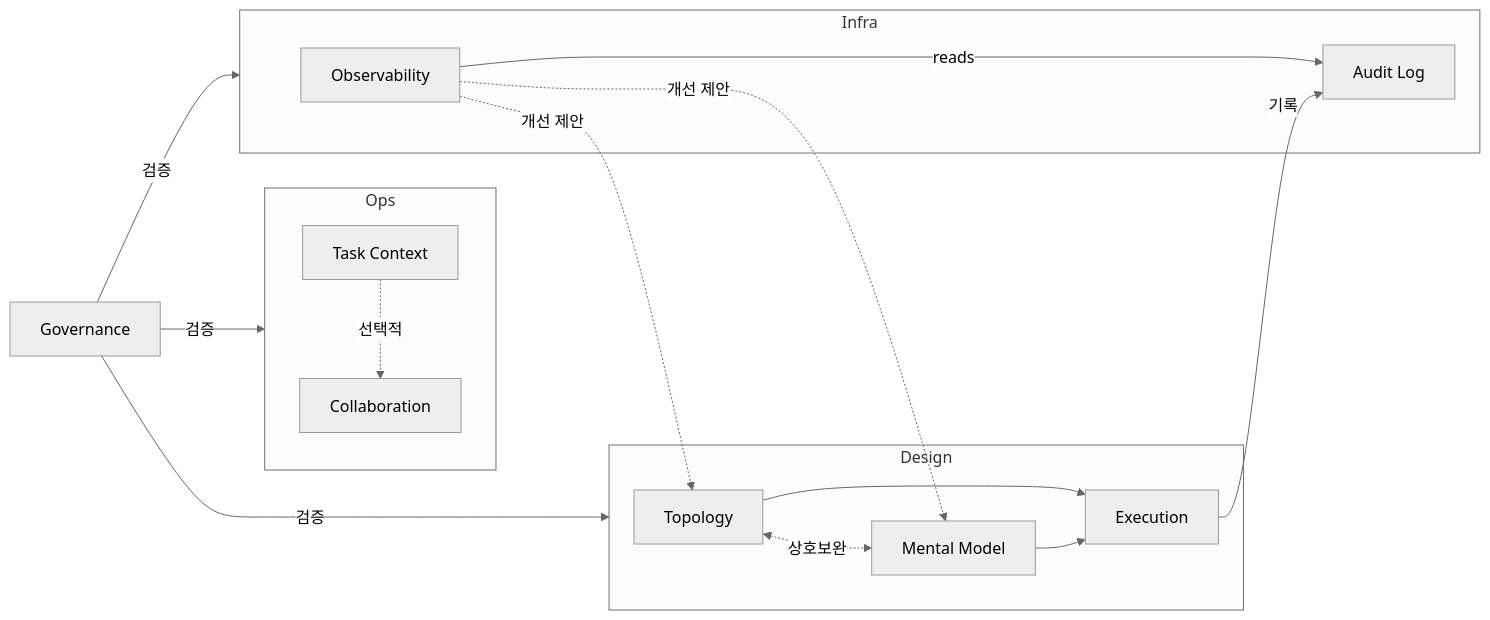
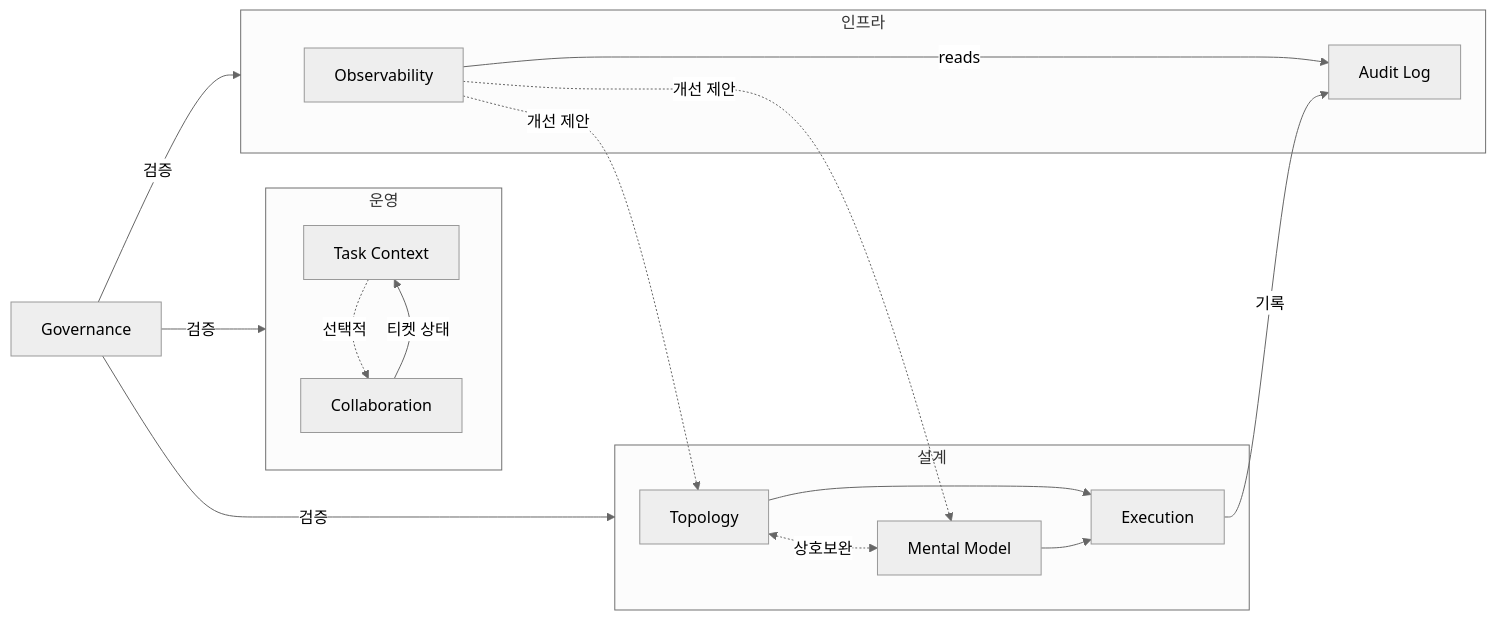
The first of 3 diagrams in 01.product/README.md (WMJOON/multi-swarm-orchestrator), drawn with Mermaid (neutral theme) before and after one commit. The commit also changed other lines of this file and 21 other files, not shown here.

````diff
--- a/01.product/README.md
+++ b/01.product/README.md
@@ -14,23 +46,24 @@
 ```mermaid
 graph LR
-    subgraph Design ["Design"]
-        S10["Topology"] <-.->|상호보완| S20["Mental Model"]
-        S10 & S20 --> S30["Execution"]
+    subgraph Design ["설계"]
+        S00["Topology"] <-.->|상호보완| S01["Mental Model"]
+        S00 & S01 --> S02["Execution"]
     end
 
-    subgraph Ops ["Ops"]
-        S40T["Task Context"] -.->|선택적| S40C["Collaboration"]
+    subgraph Ops ["운영"]
+        S03["Task Context"] -.->|선택적| S04["Collaboration"]
     end
 
-    subgraph Infra ["Infra"]
-        S60["Observability"] -->|reads| S50["Audit Log"]
+    subgraph Infra ["인프라"]
+        S06["Observability"] -->|reads| S05["Audit Log"]
     end
 
-    S30 -->|기록| S50
-    S60 -.->|개선 제안| S10
-    S60 -.->|개선 제안| S20
+    S02 -->|기록| S05
+    S06 -.->|개선 제안| S00
+    S06 -.->|개선 제안| S01
+    S04 -->|티켓 상태| S03
 
-    S70["Governance"] -->|검증| Design
-    S70 -->|검증| Ops
-    S70 -->|검증| Infra
+    GOV["Governance"] -->|검증| Design
+    GOV -->|검증| Ops
+    GOV -->|검증| Infra
 ```
````
